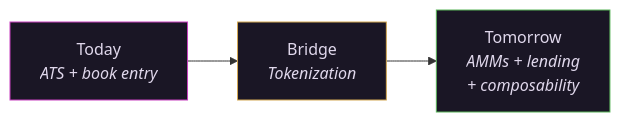
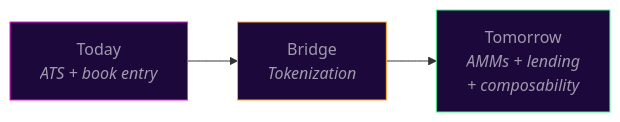
The second of 2 diagrams in what-comes-next.md (Vex-Holdings/vex-whitepaper), drawn with Mermaid before and after one commit. The commit also changed other lines of this file and 7 other files, not shown here.

````diff
--- a/what-comes-next.md
+++ b/what-comes-next.md
@@ -45,9 +45,9 @@
 ```mermaid
 graph LR
     A["Today<br/><i>ATS + book entry</i>"] --> B["Bridge<br/><i>Tokenization</i>"]
     B --> C["Tomorrow<br/><i>AMMs + lending<br/>+ composability</i>"]
 
-    style A fill:#1a1625,stroke:#c840c0,color:#e0d8ec
-    style B fill:#1a1625,stroke:#d4a853,color:#e0d8ec
-    style C fill:#1a1625,stroke:#59b359,color:#e0d8ec
+    style A fill:#1D083B,stroke:#F21DDD,color:#a09aae
+    style B fill:#1D083B,stroke:#FFAA2B,color:#a09aae
+    style C fill:#1D083B,stroke:#45F08C,color:#a09aae
 ```
````
